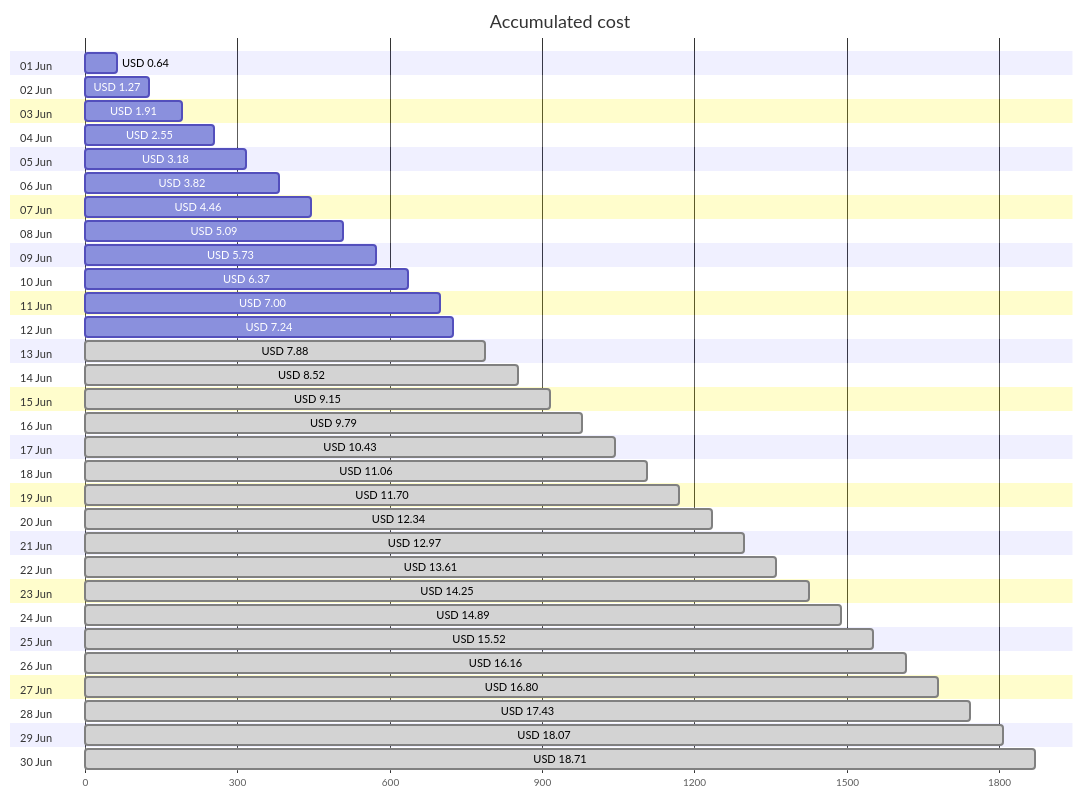
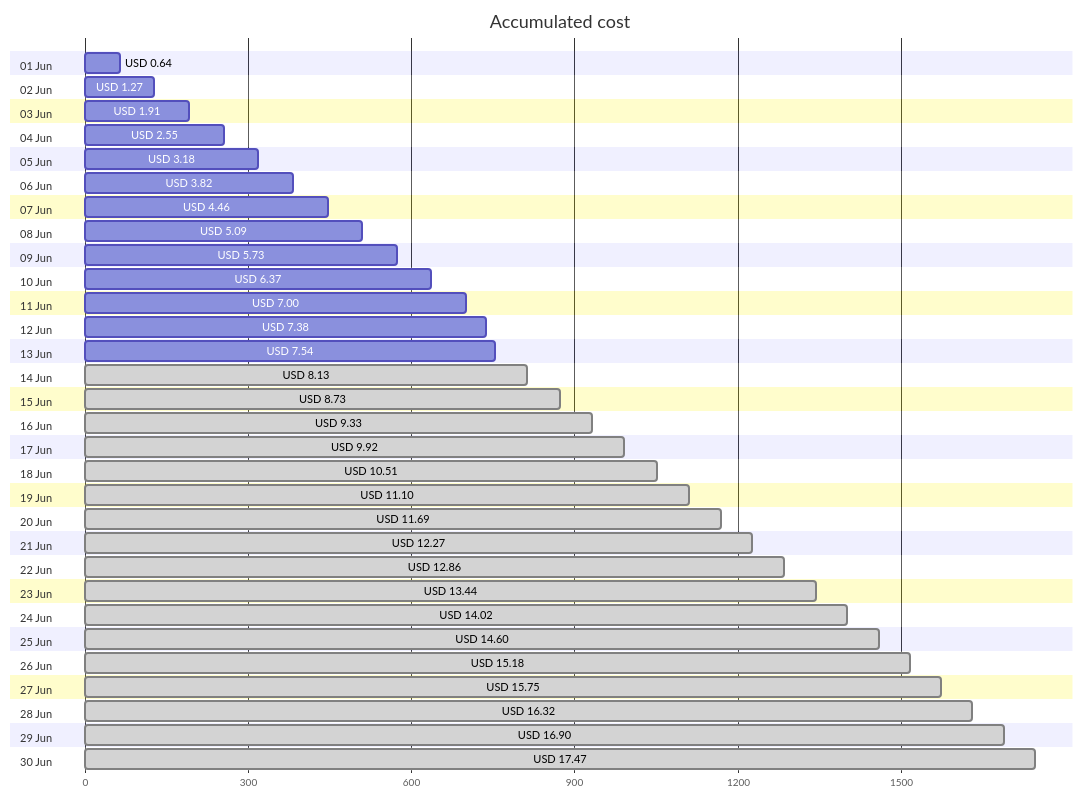
Before and after one commit to jpfulton/azure-personal-reports: the first of 4 diagrams in cost-reports/accumulated-cost.md, drawn with Mermaid. The commit also changed other lines of this file and 4 other files, not shown here.

````diff
--- a/cost-reports/accumulated-cost.md
+++ b/cost-reports/accumulated-cost.md
@@ -20,66 +20,66 @@
 ```mermaid
 gantt
    title Accumulated cost
    dateFormat  X
    axisFormat %s
    section 01 Jun
    USD 0.64 :0, 64
    section 02 Jun
    USD 1.27 :0, 127
    section 03 Jun
    USD 1.91 :0, 191
    section 04 Jun
    USD 2.55 :0, 255
    section 05 Jun
    USD 3.18 :0, 318
    section 06 Jun
    USD 3.82 :0, 382
    section 07 Jun
    USD 4.46 :0, 446
    section 08 Jun
    USD 5.09 :0, 509
    section 09 Jun
    USD 5.73 :0, 573
    section 10 Jun
    USD 6.37 :0, 637
    section 11 Jun
    USD 7.00 :0, 700
    section 12 Jun
-   USD 7.24 :0, 724
+   USD 7.38 :0, 738
    section 13 Jun
-   USD 7.88 : done, 0, 788
+   USD 7.54 :0, 754
    section 14 Jun
-   USD 8.52 : done, 0, 852
+   USD 8.13 : done, 0, 813
    section 15 Jun
-   USD 9.15 : done, 0, 915
+   USD 8.73 : done, 0, 873
    section 16 Jun
-   USD 9.79 : done, 0, 979
+   USD 9.33 : done, 0, 933
    section 17 Jun
-   USD 10.43 : done, 0, 1043
+   USD 9.92 : done, 0, 992
    section 18 Jun
-   USD 11.06 : done, 0, 1106
+   USD 10.51 : done, 0, 1051
    section 19 Jun
-   USD 11.70 : done, 0, 1170
+   USD 11.10 : done, 0, 1110
    section 20 Jun
-   USD 12.34 : done, 0, 1234
+   USD 11.69 : done, 0, 1169
    section 21 Jun
-   USD 12.97 : done, 0, 1297
+   USD 12.27 : done, 0, 1227
    section 22 Jun
-   USD 13.61 : done, 0, 1361
+   USD 12.86 : done, 0, 1286
    section 23 Jun
-   USD 14.25 : done, 0, 1425
+   USD 13.44 : done, 0, 1344
    section 24 Jun
-   USD 14.89 : done, 0, 1489
+   USD 14.02 : done, 0, 1402
    section 25 Jun
-   USD 15.52 : done, 0, 1552
+   USD 14.60 : done, 0, 1460
    section 26 Jun
-   USD 16.16 : done, 0, 1616
+   USD 15.18 : done, 0, 1518
    section 27 Jun
-   USD 16.80 : done, 0, 1680
+   USD 15.75 : done, 0, 1575
    section 28 Jun
-   USD 17.43 : done, 0, 1743
+   USD 16.32 : done, 0, 1632
    section 29 Jun
-   USD 18.07 : done, 0, 1807
+   USD 16.90 : done, 0, 1690
    section 30 Jun
-   USD 18.71 : done, 0, 1871
+   USD 17.47 : done, 0, 1747
 ```
````
